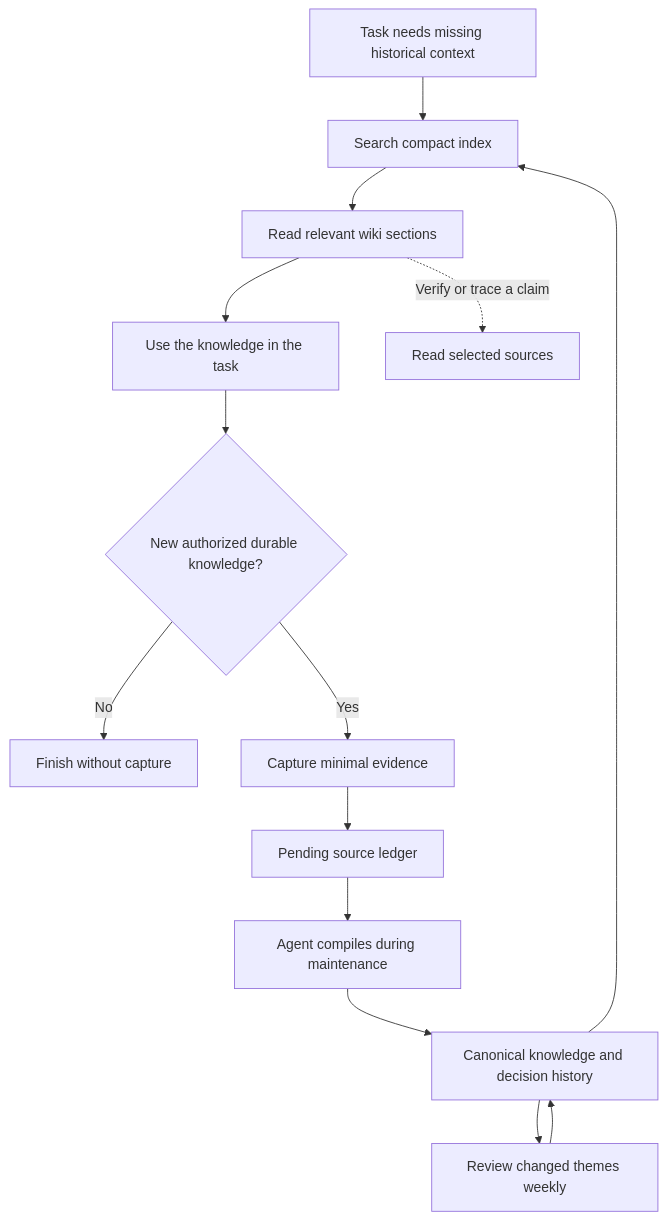
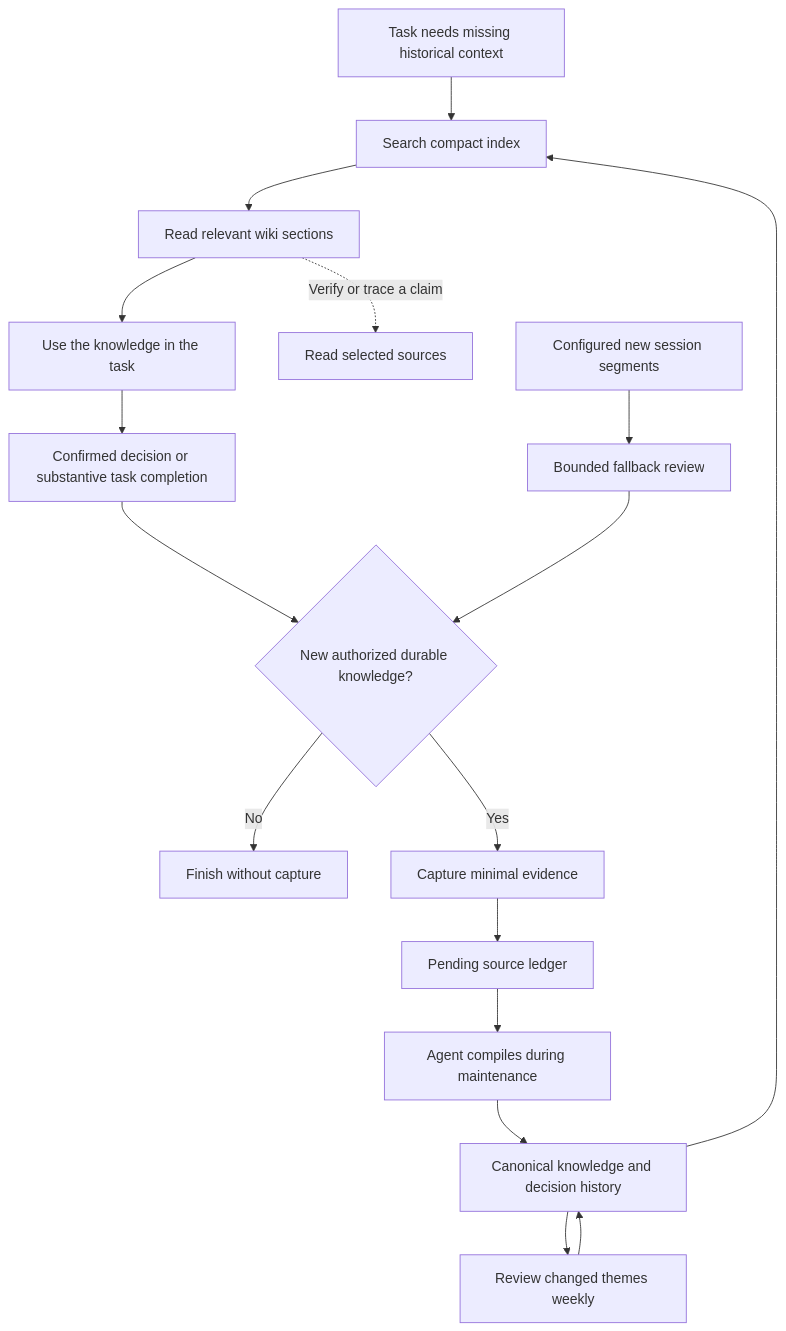
One commit to ryangandev/agent-wiki changed the diagram in docs/workflow.md. Above: the diagram before and after it, drawn with Mermaid. The commit also changed other lines of this file and 19 other files, not shown here.

````diff
--- a/docs/workflow.md
+++ b/docs/workflow.md
@@ -7,16 +7,19 @@
 ```mermaid
 flowchart TD
     Task[Task needs missing historical context] --> Index[Search compact index]
     Index --> Knowledge[Read relevant wiki sections]
     Knowledge --> Work[Use the knowledge in the task]
     Knowledge -. Verify or trace a claim .-> Evidence[Read selected sources]
-    Work --> Decision{New authorized durable knowledge?}
+    Work --> Checkpoint[Confirmed decision or substantive task completion]
+    Checkpoint --> Decision{New authorized durable knowledge?}
+    Logs[Configured new session segments] --> Intake[Bounded fallback review]
+    Intake --> Decision
     Decision -->|No| Stop[Finish without capture]
     Decision -->|Yes| Capture[Capture minimal evidence]
     Capture --> Pending[Pending source ledger]
     Pending --> Daily[Agent compiles during maintenance]
     Daily --> Wiki[Canonical knowledge and decision history]
     Wiki --> Index
     Wiki --> Weekly[Review changed themes weekly]
     Weekly --> Wiki
 ```
````
